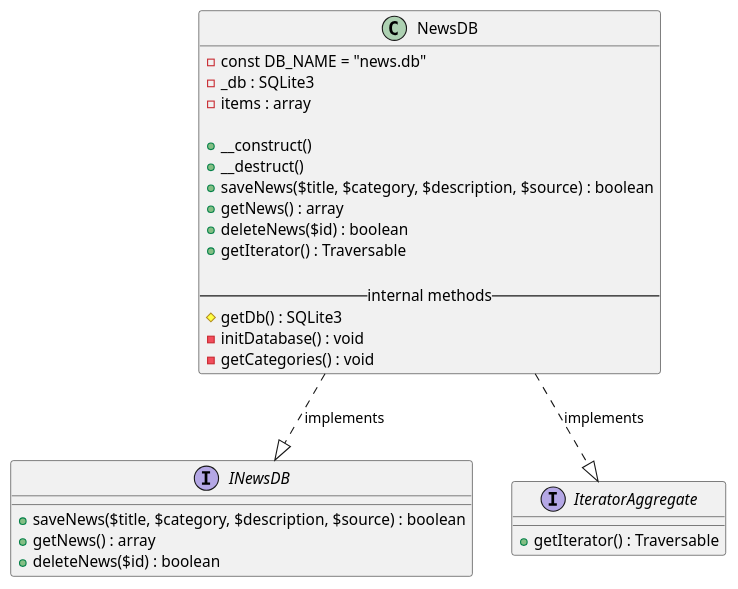
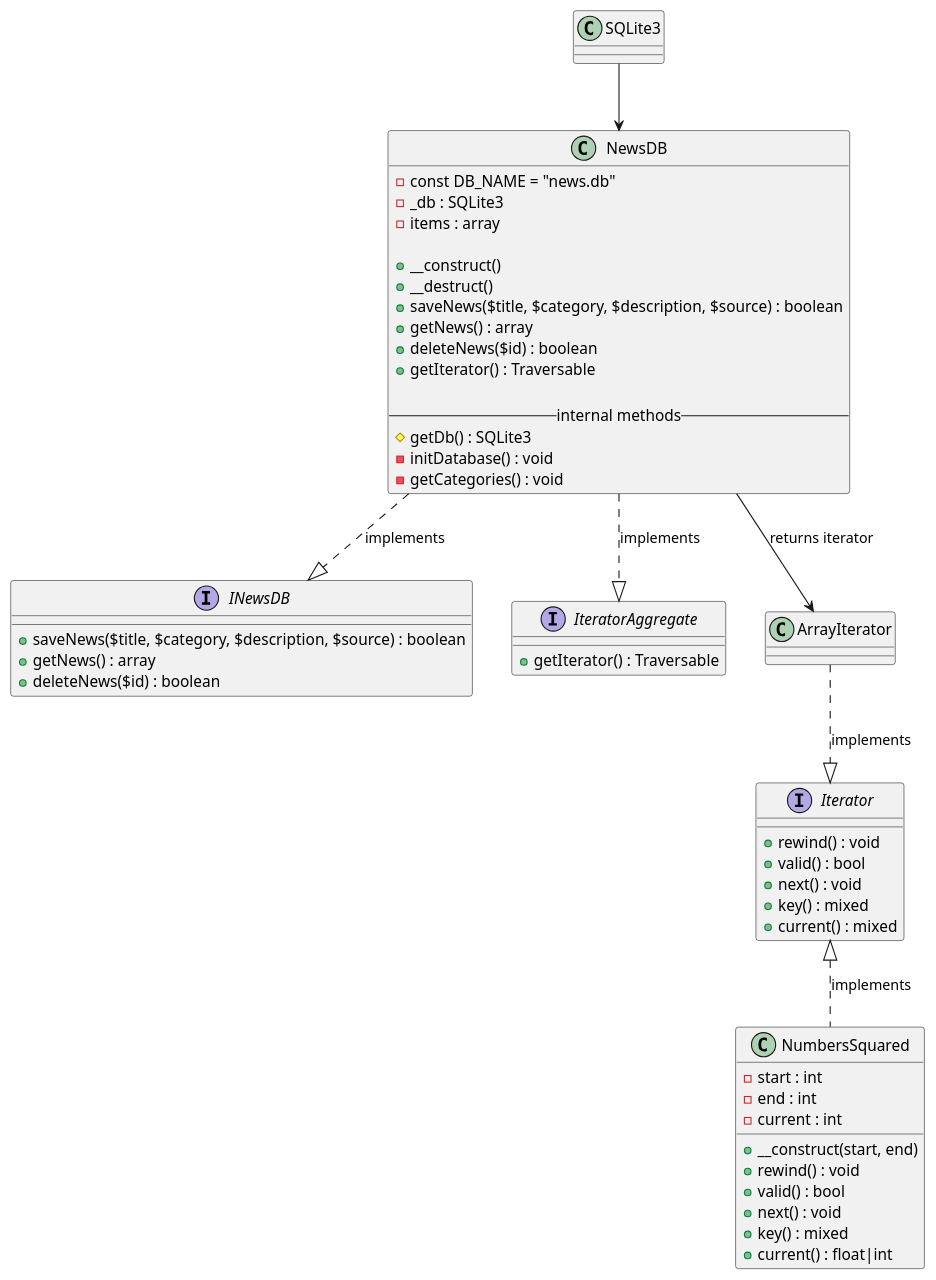
Before and after one commit to vitakurakina/web_programming: the diagram in lab4/uml2.puml, drawn with PlantUML. The commit also changed 10 other files, not shown here.

Commit message:
lab 3 and 4 uml diagrams fix

```diff
--- a/lab4/uml2.puml
+++ b/lab4/uml2.puml
@@ -1,68 +1,86 @@
 @startuml
 
-' === Interfaces ===
+' ============================
+'      Interfaces
+' ============================
+
 interface INewsDB {
     + saveNews($title, $category, $description, $source) : boolean
     + getNews() : array
     + deleteNews($id) : boolean
 }
 
+interface Iterator {
+    + rewind() : void
+    + valid() : bool
+    + next() : void
+    + key() : mixed
+    + current() : mixed
+}
+
 interface IteratorAggregate {
     + getIterator() : Traversable
 }
 
-' class ArrayIterator {
-' }
 
-' === Main class ===
+' ============================
+'      Iterator Example
+' ============================
+
+class NumbersSquared {
+    - start : int
+    - end : int
+    - current : int
+
+    + __construct(start, end)
+    + rewind() : void
+    + valid() : bool
+    + next() : void
+    + key() : mixed
+    + current() : float|int
+}
+
+Iterator <|.. NumbersSquared : implements
+
+
+' ============================
+'      Database Classes
+' ============================
+
+class SQLite3 {
+
+}
+
+class ArrayIterator {
+}
+ArrayIterator ..|> Iterator : implements
 class NewsDB {
     - const DB_NAME = "news.db"
     - _db : SQLite3
     - items : array
 
     + __construct()
     + __destruct()
     + saveNews($title, $category, $description, $source) : boolean
     + getNews() : array
     + deleteNews($id) : boolean
     + getIterator() : Traversable
 
     -- internal methods --
     # getDb() : SQLite3
     - initDatabase() : void
     - getCategories() : void
 }
 
+
+' ============================
+'      Relations
+' ============================
+
 NewsDB ..|> INewsDB : implements
 NewsDB ..|> IteratorAggregate : implements
-' NewsDB --> ArrayIterator : returns
 
-' === Include file "classes" ===
-' class delete_news.inc {
-'     + $deleteId : integer
-'     + $result : boolean
-' }
-
-' class get_news.inc {
-'     + $newsData : array
-'     + $newsCount : integer
-' }
-
-' class save_news.inc {
-'     + $title : string
-'     + $category : int
-'     + $description : string
-'     + $source : string
-' }
-
-' class news.php {
-'     + $news : NewsDB
-'     + $errMsg : string
-' }
-
-' news.php --> NewsDB : creates
-' delete_news.inc --> NewsDB : deleteNews()
-' save_news.inc --> NewsDB : saveNews()
-' get_news.inc --> NewsDB : getNews()
+SQLite3 --> NewsDB
+NewsDB --> ArrayIterator : returns iterator
 
 @enduml
```
